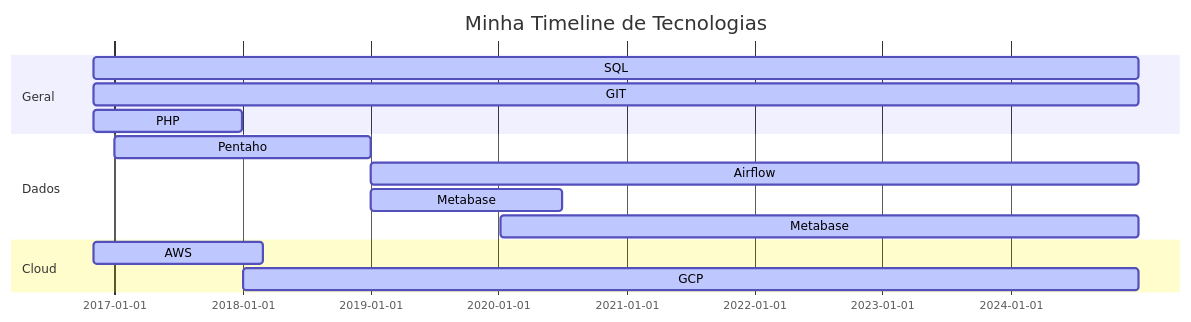
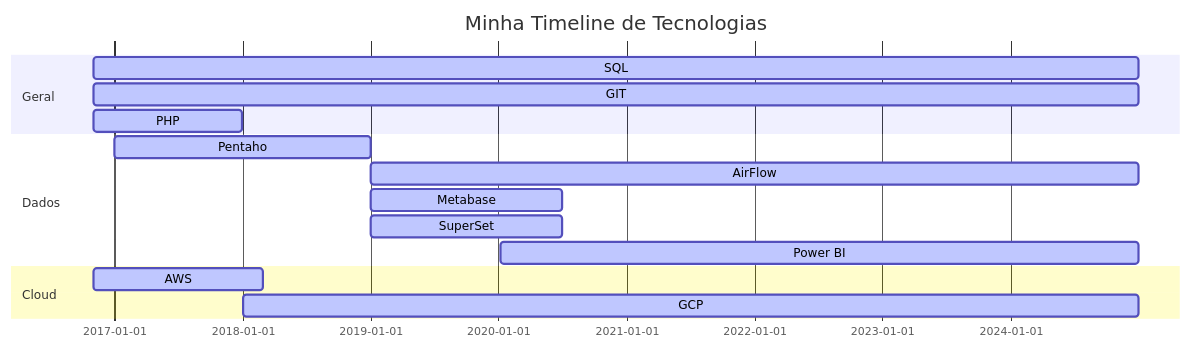
Before and after one commit to ArturAlvesC/ArturAlvesC: the diagram in README.md, drawn with Mermaid.

````diff
--- a/README.md
+++ b/README.md
@@ -6,19 +6,20 @@
 ```mermaid
 gantt
 dateFormat  YYYY-MM-DD
 title Minha Timeline de Tecnologias
 section Geral
 SQL           :active,, 2016-11-01,2024-12-31
 GIT           :active,, 2016-11-01,2024-12-31
 PHP           :active,, 2016-11-01,2017-12-31
 
 section Dados
 Pentaho       :active,, 2017-01-01,2018-12-31
-Airflow       :active,, 2019-01-01,2024-12-31
+AirFlow       :active,, 2019-01-01,2024-12-31
 Metabase      :active,, 2019-01-01,2020-06-30
-Metabase      :active,, 2020-01-07,2024-12-31
+SuperSet      :active,, 2019-01-01,2020-06-30
+Power BI      :active,, 2020-01-07,2024-12-31
 
 section Cloud
 AWS           :active,, 2016-11-01,2018-02-28
 GCP           :active,, 2018-01-01,2024-12-31
 ```
````
